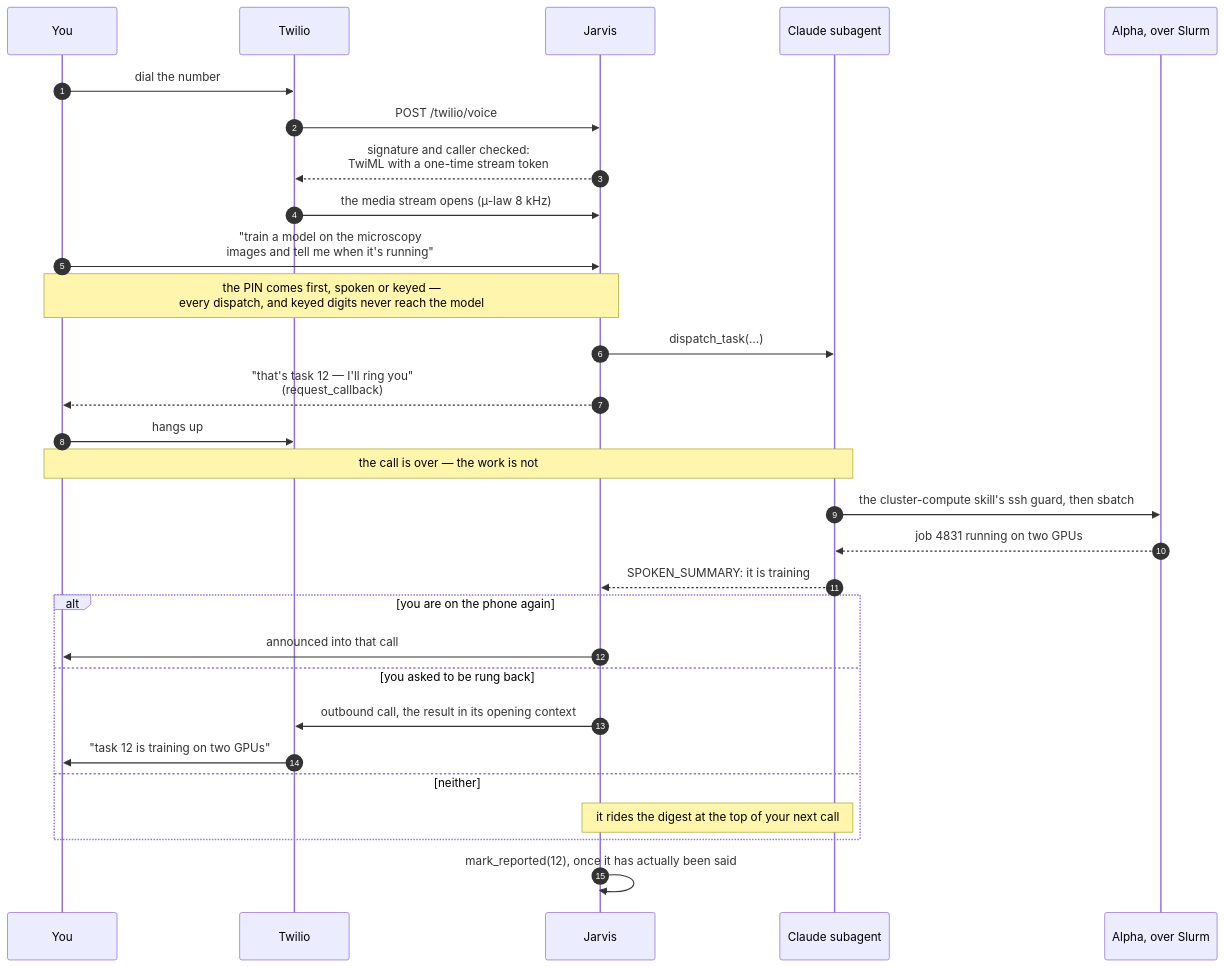
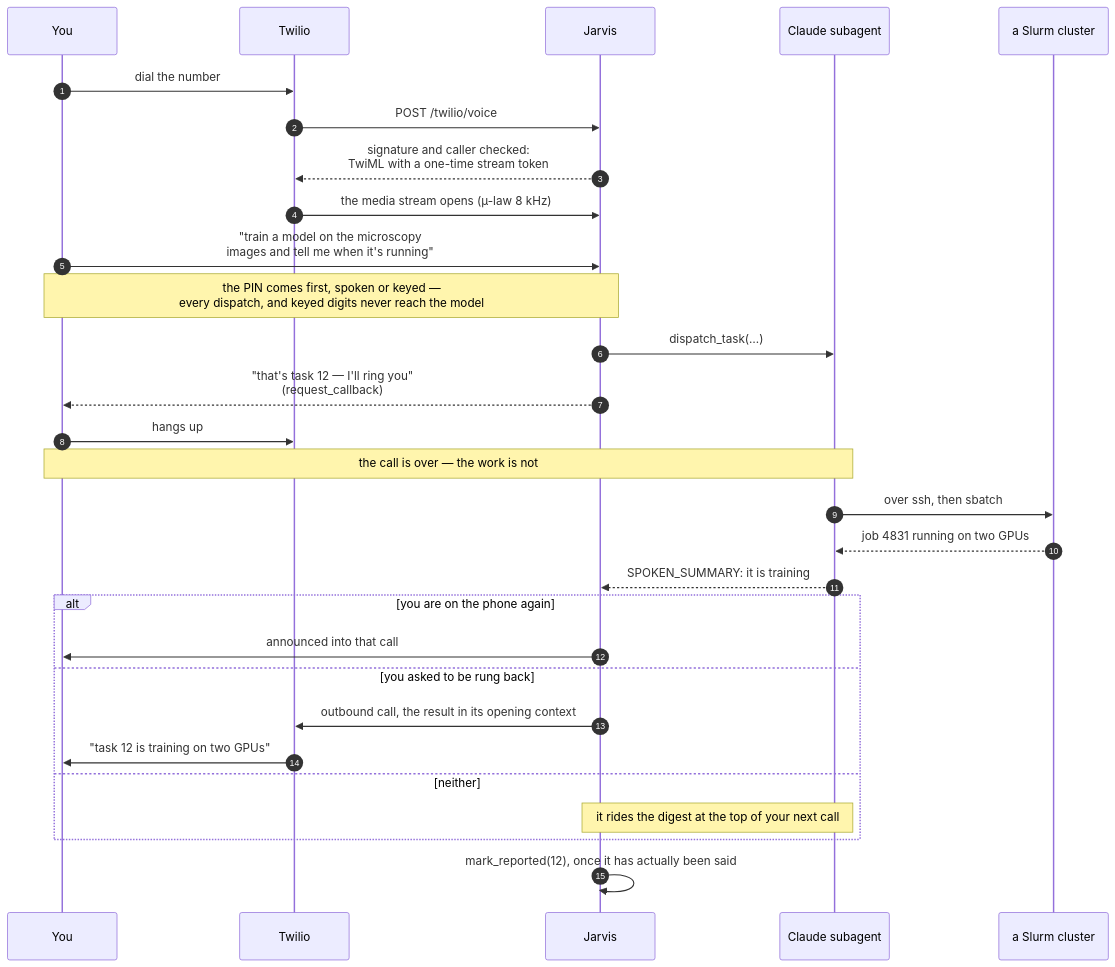
Before and after one commit to wak31415/keryx: the first of 2 diagrams in README.md, drawn with Mermaid. The commit also changed other lines of this file and 19 other files, not shown here.

````diff
--- a/README.md
+++ b/README.md
@@ -34,32 +34,32 @@
 ```mermaid
 sequenceDiagram
     autonumber
     participant U as You
     participant T as Twilio
     participant J as Jarvis
     participant C as Claude subagent
-    participant S as Alpha, over Slurm
+    participant S as a Slurm cluster
 
     U->>T: dial the number
     T->>J: POST /twilio/voice
     J-->>T: signature and caller checked:<br/>TwiML with a one-time stream token
     T->>J: the media stream opens (µ-law 8 kHz)
     U->>J: "train a model on the microscopy<br/>images and tell me when it's running"
     Note over U,J: the PIN comes first, spoken or keyed —<br/>every dispatch, and keyed digits never reach the model
     J->>C: dispatch_task(…)
     J-->>U: "that's task 12 — I'll ring you"<br/>(request_callback)
     U->>T: hangs up
     Note over U,C: the call is over — the work is not
-    C->>S: the cluster-compute skill's ssh guard, then sbatch
+    C->>S: over ssh, then sbatch
     S-->>C: job 4831 running on two GPUs
     C-->>J: SPOKEN_SUMMARY: it is training
     alt you are on the phone again
         J->>U: announced into that call
     else you asked to be rung back
         J->>T: outbound call, the result in its opening context
         T->>U: "task 12 is training on two GPUs"
     else neither
         Note over J,C: it rides the digest at the top of your next call
     end
     J->>J: mark_reported(12), once it has actually been said
 ```
````
